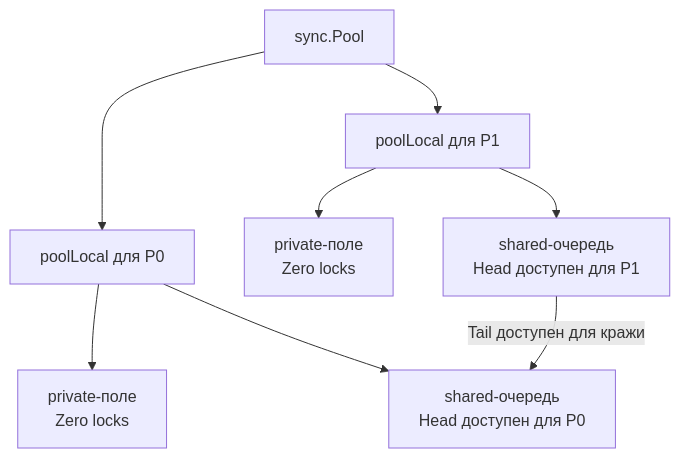
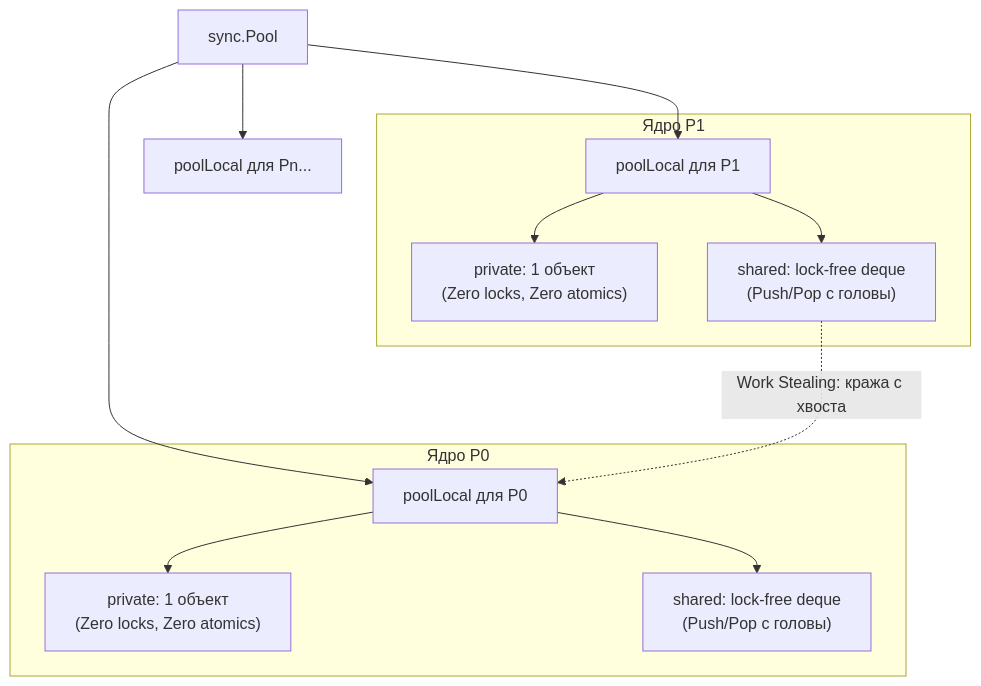
Before and after one commit to UnrealTemplier/go-textbook: the first of 2 diagrams in sources/16. Профилирование, отладка и производительность/09. Практические оптимизации/2. sync Pool.md, drawn with Mermaid. The commit also changed other lines of this file, not shown here.

Commit message:
feat(module-16): editorial rewrite of lecture 2 (sync Pool) in Subsection 09 in Kernighan style

````diff
--- a/sources/16. Профилирование, отладка и производительность/09. Практические оптимизации/2. sync Pool.md
+++ b/sources/16. Профилирование, отладка и производительность/09. Практические оптимизации/2. sync Pool.md
@@ -76,13 +64,18 @@
 ```mermaid
 flowchart TD
-    Pool["sync.Pool"] --> P1["poolLocal для P0"]
-    Pool --> P2["poolLocal для P1"]
+    Pool["sync.Pool"] --> P0["poolLocal для P0"]
+    Pool --> P1["poolLocal для P1"]
+    Pool --> PN["poolLocal для Pn..."]
     
-    P1 --> Priv1["private-поле<br>Zero locks"]
-    P1 --> Shared1["shared-очередь<br>Head доступен для P0"]
+    subgraph P0_Box ["Ядро P0"]
+        P0 --> Priv0["private: 1 объект<br/>(Zero locks, Zero atomics)"]
+        P0 --> Shared0["shared: lock-free deque<br/>(Push/Pop с головы)"]
+    end
     
-    P2 --> Priv2["private-поле<br>Zero locks"]
-    P2 --> Shared2["shared-очередь<br>Head доступен для P1"]
+    subgraph P1_Box ["Ядро P1"]
+        P1 --> Priv1["private: 1 объект<br/>(Zero locks, Zero atomics)"]
+        P1 --> Shared1["shared: lock-free deque<br/>(Push/Pop с головы)"]
+    end
     
-    Shared2 -->|"Tail доступен для кражи"| Shared1
+    Shared1 -.->|"Work Stealing: кража с хвоста"| P0
 ```
````
